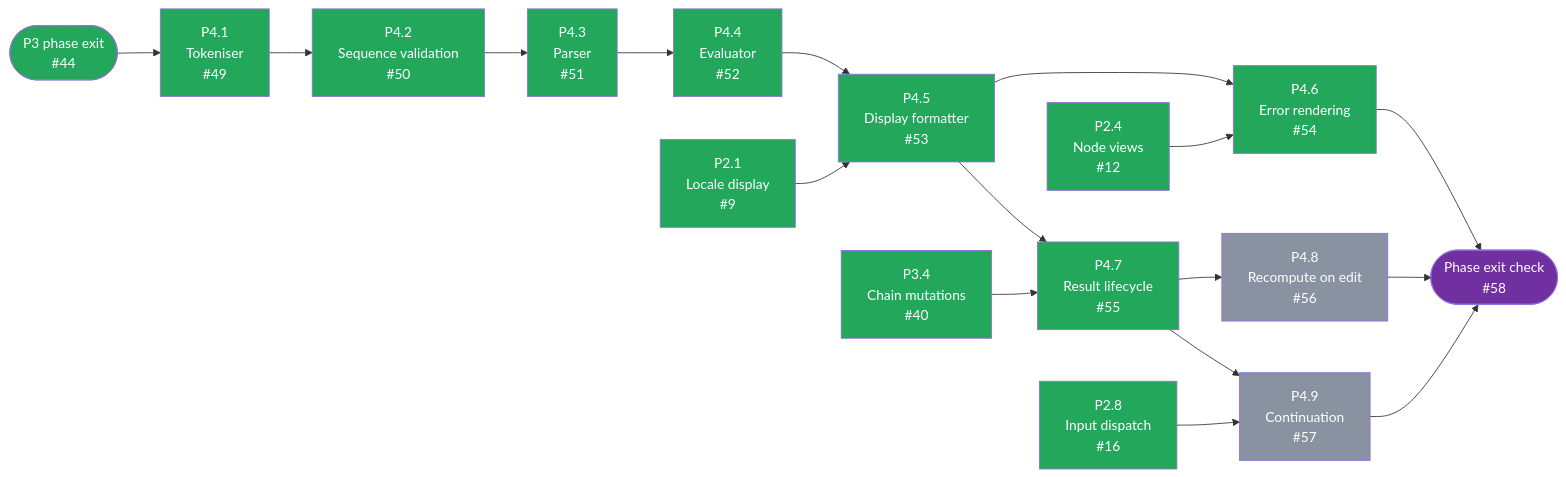
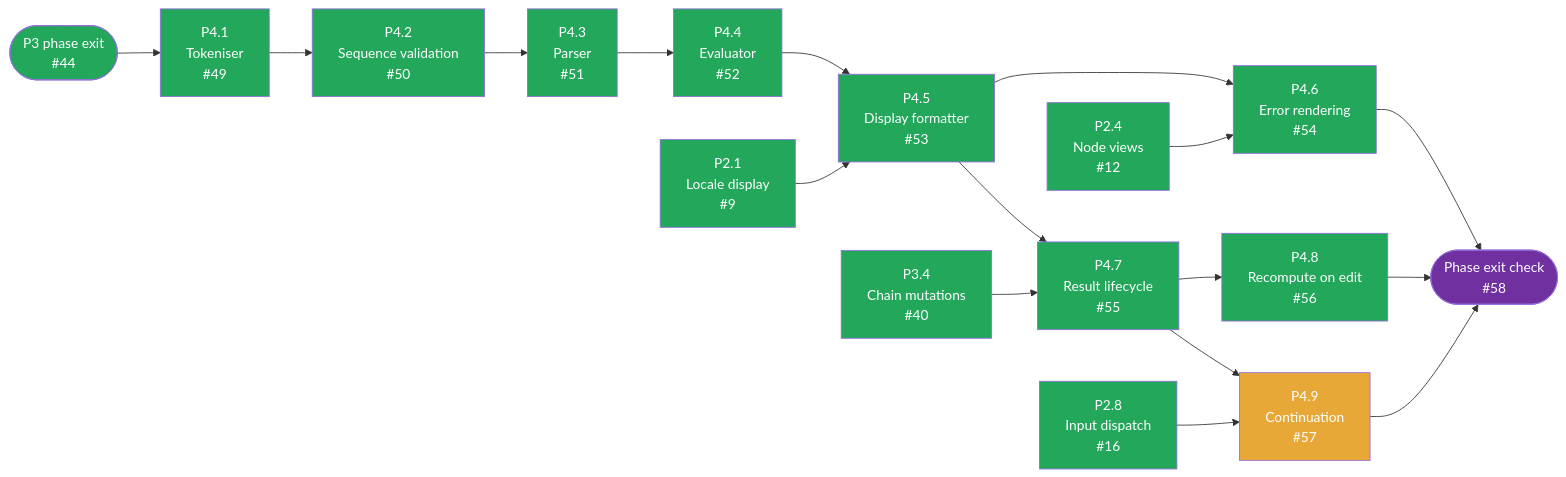
Before and after one commit to tousifosman/CalcMind: the third of 3 diagrams in docs/DEVELOPMENT_PLAN.md, drawn with Mermaid. The commit also changed other lines of this file and 8 other files, not shown here.

````diff
--- a/docs/DEVELOPMENT_PLAN.md
+++ b/docs/DEVELOPMENT_PLAN.md
@@ -501,52 +501,52 @@
 ```mermaid
 flowchart LR
 
     P3EXIT(["P3 phase exit<br/>#44"])
     P21["P2.1<br/>Locale display<br/>#9"]
     P24["P2.4<br/>Node views<br/>#12"]
     P28["P2.8<br/>Input dispatch<br/>#16"]
     P34["P3.4<br/>Chain mutations<br/>#40"]
     P41["P4.1<br/>Tokeniser<br/>#49"]
     P42["P4.2<br/>Sequence validation<br/>#50"]
     P43["P4.3<br/>Parser<br/>#51"]
     P44["P4.4<br/>Evaluator<br/>#52"]
     P45["P4.5<br/>Display formatter<br/>#53"]
     P46["P4.6<br/>Error rendering<br/>#54"]
     P47["P4.7<br/>Result lifecycle<br/>#55"]
     P48["P4.8<br/>Recompute on edit<br/>#56"]
     P49["P4.9<br/>Continuation<br/>#57"]
     EXIT(["Phase exit check<br/>#58"])
 
     P3EXIT --> P41
     P41 --> P42
     P42 --> P43
     P43 --> P44
     P44 --> P45
     P21 --> P45
     P45 --> P46
     P24 --> P46
     P45 --> P47
     P34 --> P47
     P47 --> P48
     P47 --> P49
     P28 --> P49
     P46 --> EXIT
     P48 --> EXIT
     P49 --> EXIT
 
     style P3EXIT fill:#22A75B,color:#fff
     style P21 fill:#22A75B,color:#fff
     style P24 fill:#22A75B,color:#fff
     style P28 fill:#22A75B,color:#fff
     style P34 fill:#22A75B,color:#fff
     style P41 fill:#22A75B,color:#fff
     style P42 fill:#22A75B,color:#fff
     style P43 fill:#22A75B,color:#fff
     style P44 fill:#22A75B,color:#fff
     style P45 fill:#22A75B,color:#fff
     style P46 fill:#22A75B,color:#fff
     style P47 fill:#22A75B,color:#fff
-    style P48 fill:#8892A0,color:#fff
-    style P49 fill:#8892A0,color:#fff
+    style P48 fill:#22A75B,color:#fff
+    style P49 fill:#E8A838,color:#fff
     style EXIT fill:#7030A0,color:#fff
 ```
````
